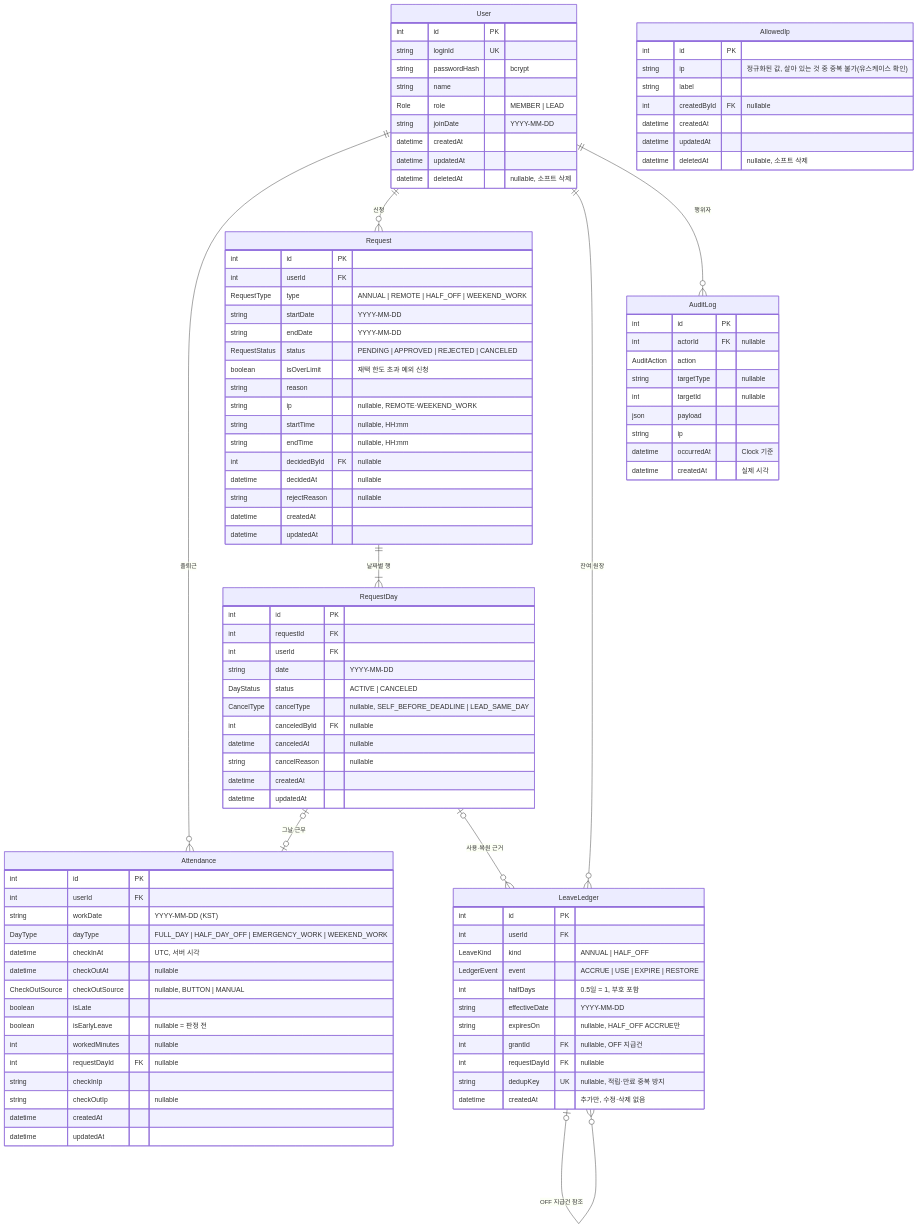
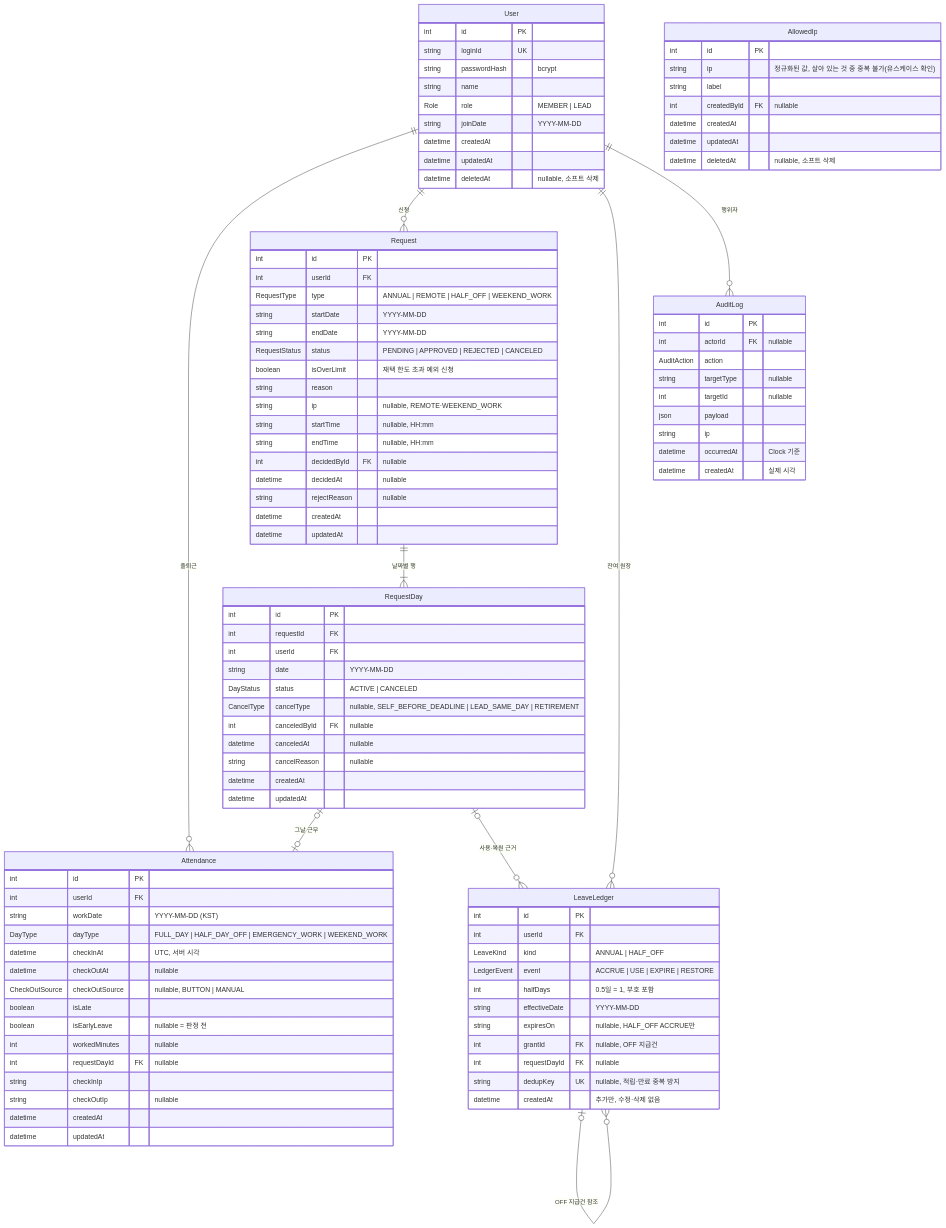
Before and after one commit to doosup/team-attendance-system: the diagram in docs/design.md, drawn with Mermaid. The commit also changed other lines of this file and 41 other files, not shown here.

```diff
--- a/docs/design.md
+++ b/docs/design.md
@@ -78,7 +78,7 @@
         int userId FK
         string date "YYYY-MM-DD"
         DayStatus status "ACTIVE | CANCELED"
-        CancelType cancelType "nullable, SELF_BEFORE_DEADLINE | LEAD_SAME_DAY"
+        CancelType cancelType "nullable, SELF_BEFORE_DEADLINE | LEAD_SAME_DAY | RETIREMENT"
         int canceledById FK "nullable"
         datetime canceledAt "nullable"
         string cancelReason "nullable"
```
